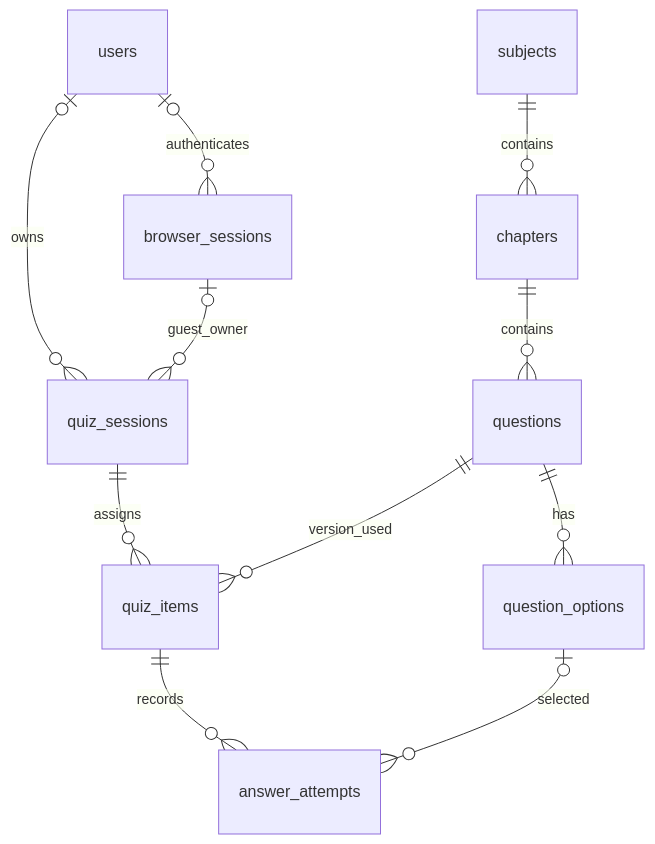
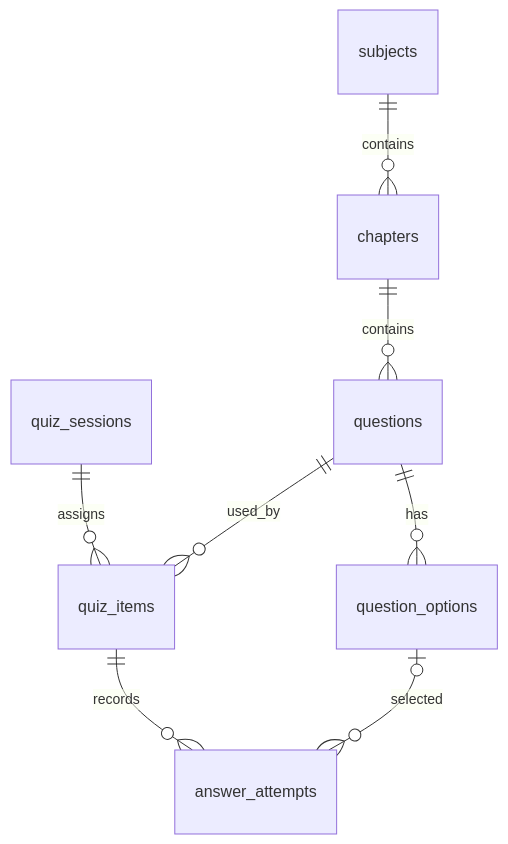
Before and after one commit to K-jisu/sqld-prc: the diagram in 2026-10-28-database-design.md, drawn with Mermaid. The commit also changed other lines of this file and 9 other files, not shown here.

````diff
--- a/2026-10-28-database-design.md
+++ b/2026-10-28-database-design.md
@@ -37,13 +36,10 @@
 ```mermaid
 erDiagram
-    users o|--o{ browser_sessions : authenticates
-    users o|--o{ quiz_sessions : owns
-    browser_sessions o|--o{ quiz_sessions : guest_owner
     subjects ||--o{ chapters : contains
     chapters ||--o{ questions : contains
     questions ||--o{ question_options : has
     quiz_sessions ||--o{ quiz_items : assigns
-    questions ||--o{ quiz_items : version_used
+    questions ||--o{ quiz_items : used_by
     quiz_items ||--o{ answer_attempts : records
     question_options o|--o{ answer_attempts : selected
 ```
````
